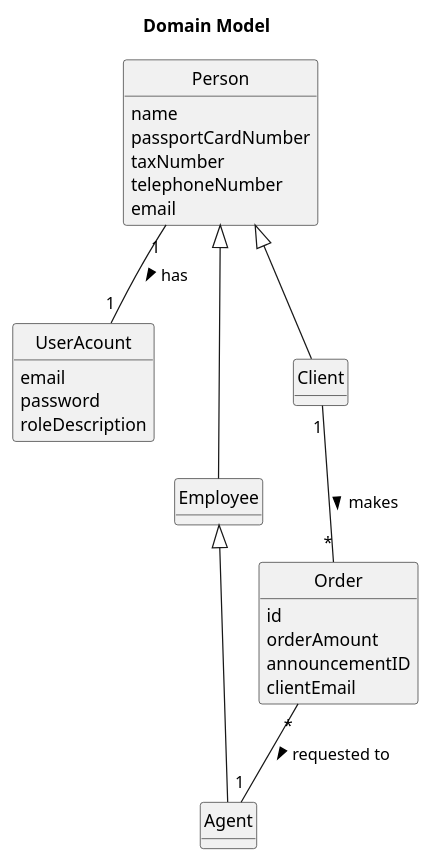
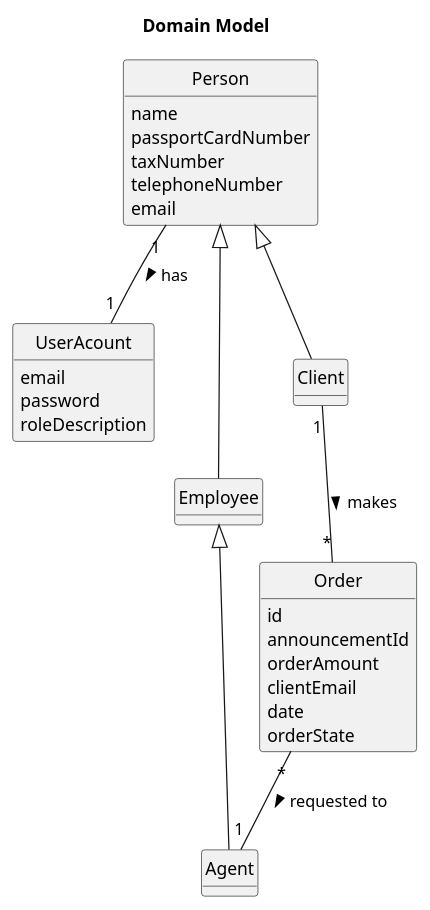
Before and after one commit to Goncalves2525/real-estate-management-system: the diagram in docs/sprintC/us010/02.analysis/puml/us010-domain-model.puml, drawn with PlantUML. The commit also changed 11 other files, not shown here.

```diff
--- a/docs/sprintC/us010/02.analysis/puml/us010-domain-model.puml
+++ b/docs/sprintC/us010/02.analysis/puml/us010-domain-model.puml
@@ -1,50 +1,52 @@
 @startuml
 skinparam monochrome true
 skinparam packageStyle rectangle
 skinparam shadowing false
 'skinparam linetype ortho
 'left to right direction
 
 skinparam classAttributeIconSize 0
 'skinparam groupInheritance 2
 
 hide circle
 hide methods
 
 title Domain Model
 
 class UserAcount{
     email
     password
     roleDescription
 }
 
 class Employee extends Person{
 }
 class Person{
     name
     passportCardNumber
     taxNumber
     telephoneNumber
     email
 }
 
 class Client extends Person{
 }
 
 class Order{
     id
+    announcementId
     orderAmount
-    announcementID
     clientEmail
+    date
+    orderState
 }
 
 class Agent extends Employee{
 }
 
 
 Client "1" -- "*" Order : makes >
 Order "*" -- "1" Agent : requested to >
 Person "1" -- "1" UserAcount : has >
 
 @enduml
```
